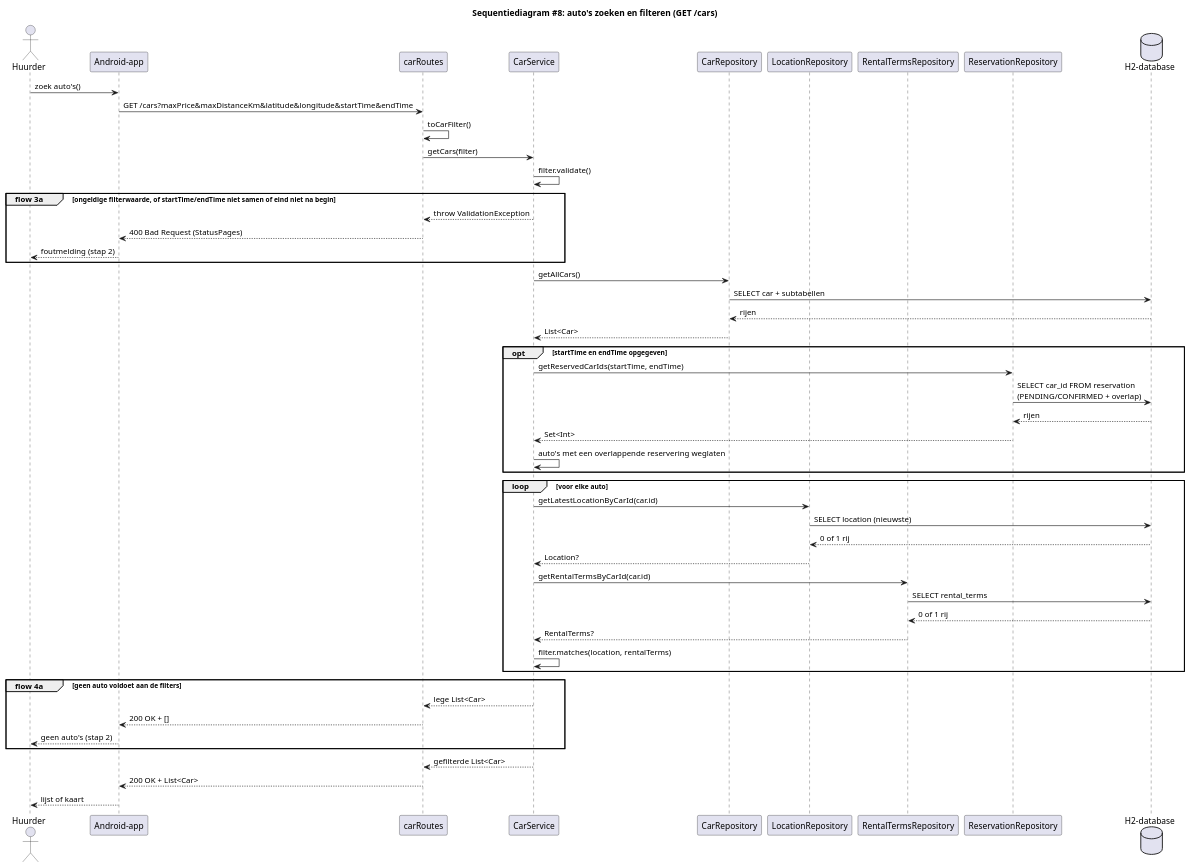
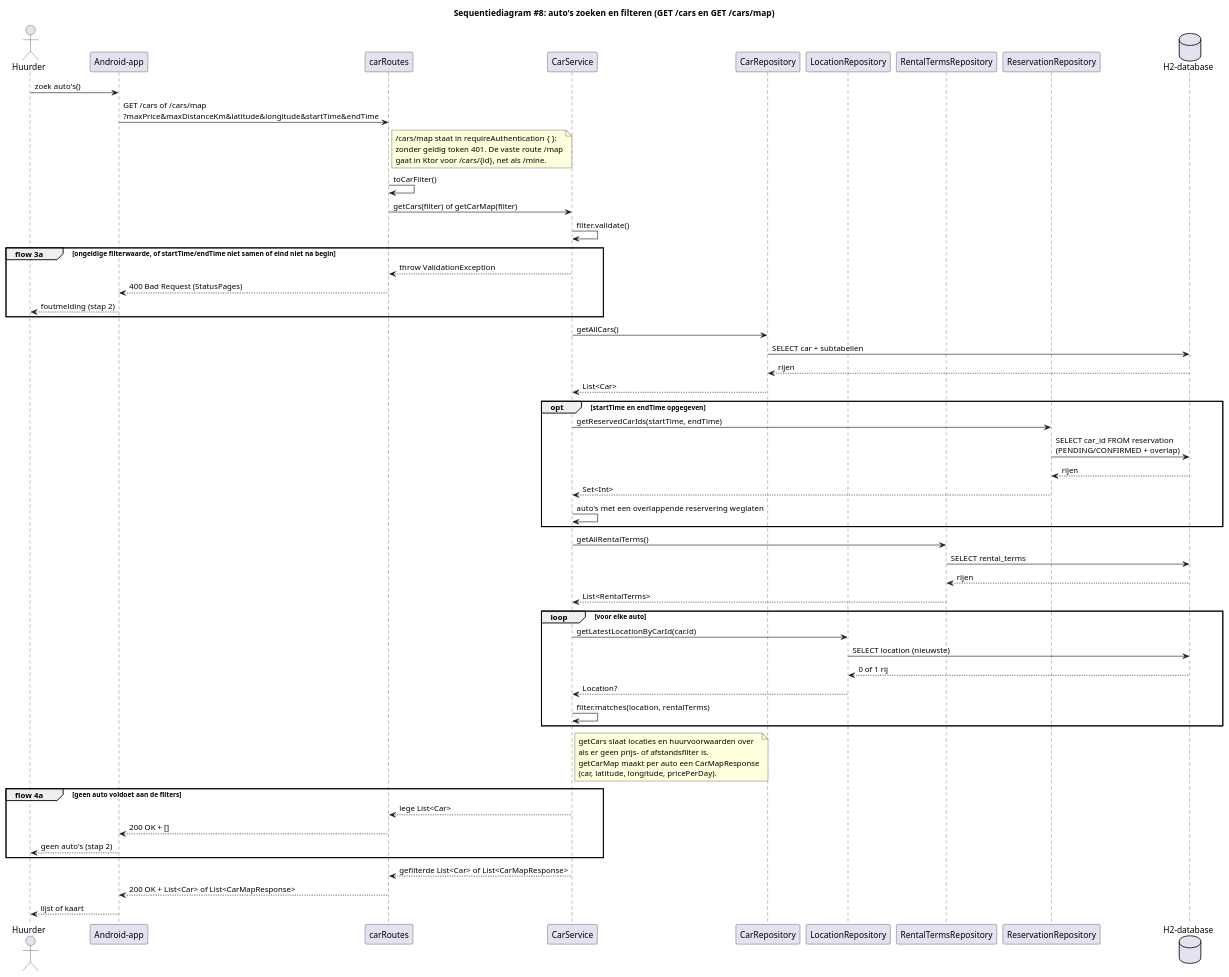
Before and after one commit to MarkPrins18/hbo-leerjaar2: the diagram in diagrams/sequence/SearchCars.puml, drawn with PlantUML. The commit also changed 12 other files, not shown here.

First line of the commit message:
feat: kaart-endpoint GET /cars/map met positie en prijs per auto

```diff
--- a/diagrams/sequence/SearchCars.puml
+++ b/diagrams/sequence/SearchCars.puml
@@ -1,61 +1,73 @@
 @startuml SearchCars
-title Sequentiediagram #8: auto's zoeken en filteren (GET /cars)
+title Sequentiediagram #8: auto's zoeken en filteren (GET /cars en GET /cars/map)
 
 actor Huurder as g
 participant "Android-app" as app
 participant "carRoutes" as rt
 participant "CarService" as svc
 participant "CarRepository" as car
 participant "LocationRepository" as loc
 participant "RentalTermsRepository" as terms
 participant "ReservationRepository" as res
 database "H2-database" as db
 
 g -> app : zoek auto's()
-app -> rt : GET /cars?maxPrice&maxDistanceKm&latitude&longitude&startTime&endTime
+app -> rt : GET /cars of /cars/map\n?maxPrice&maxDistanceKm&latitude&longitude&startTime&endTime
+note right of rt
+  /cars/map staat in requireAuthentication { }:
+  zonder geldig token 401. De vaste route /map
+  gaat in Ktor voor /cars/{id}, net als /mine.
+end note
 rt -> rt : toCarFilter()
-rt -> svc : getCars(filter)
+rt -> svc : getCars(filter) of getCarMap(filter)
 svc -> svc : filter.validate()
 
 group flow 3a [ongeldige filterwaarde, of startTime/endTime niet samen of eind niet na begin]
     svc --> rt : throw ValidationException
     rt --> app : 400 Bad Request (StatusPages)
     app --> g : foutmelding (stap 2)
 end
 
 svc -> car : getAllCars()
 car -> db : SELECT car + subtabellen
 db --> car : rijen
 car --> svc : List<Car>
 
 opt startTime en endTime opgegeven
     svc -> res : getReservedCarIds(startTime, endTime)
     res -> db : SELECT car_id FROM reservation\n(PENDING/CONFIRMED + overlap)
     db --> res : rijen
     res --> svc : Set<Int>
     svc -> svc : auto's met een overlappende reservering weglaten
 end
 
+svc -> terms : getAllRentalTerms()
+terms -> db : SELECT rental_terms
+db --> terms : rijen
+terms --> svc : List<RentalTerms>
+
 loop voor elke auto
     svc -> loc : getLatestLocationByCarId(car.id)
     loc -> db : SELECT location (nieuwste)
     db --> loc : 0 of 1 rij
     loc --> svc : Location?
-    svc -> terms : getRentalTermsByCarId(car.id)
-    terms -> db : SELECT rental_terms
-    db --> terms : 0 of 1 rij
-    terms --> svc : RentalTerms?
     svc -> svc : filter.matches(location, rentalTerms)
 end
+note right of svc
+  getCars slaat locaties en huurvoorwaarden over
+  als er geen prijs- of afstandsfilter is.
+  getCarMap maakt per auto een CarMapResponse
+  (car, latitude, longitude, pricePerDay).
+end note
 
 group flow 4a [geen auto voldoet aan de filters]
     svc --> rt : lege List<Car>
     rt --> app : 200 OK + []
     app --> g : geen auto's (stap 2)
 end
 
-svc --> rt : gefilterde List<Car>
-rt --> app : 200 OK + List<Car>
+svc --> rt : gefilterde List<Car> of List<CarMapResponse>
+rt --> app : 200 OK + List<Car> of List<CarMapResponse>
 app --> g : lijst of kaart
 
 @enduml
```
